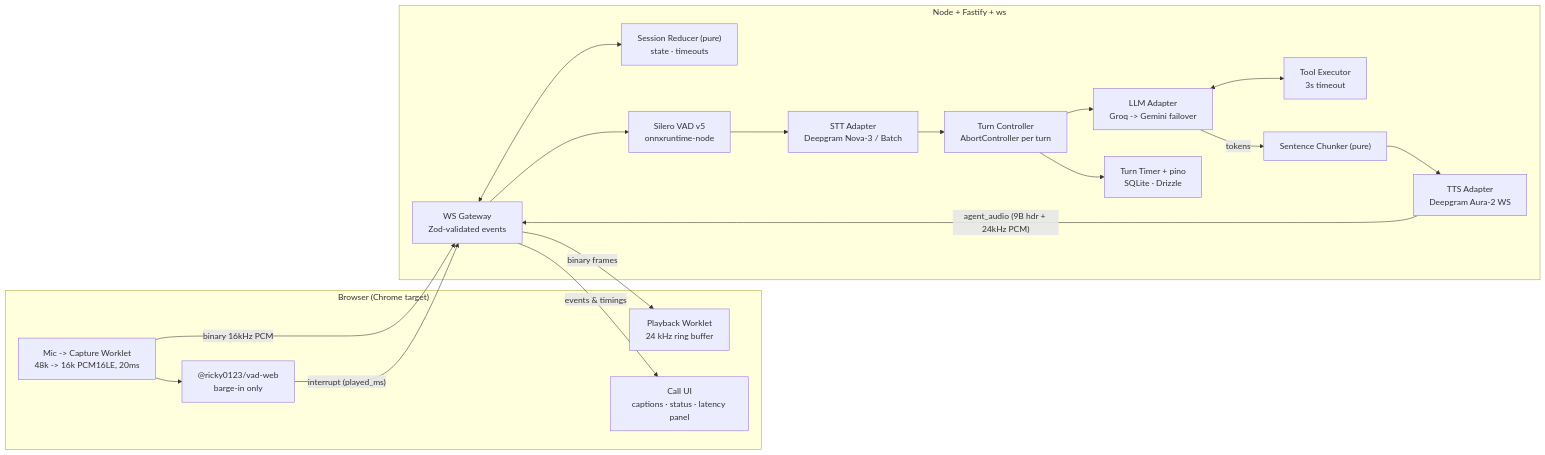
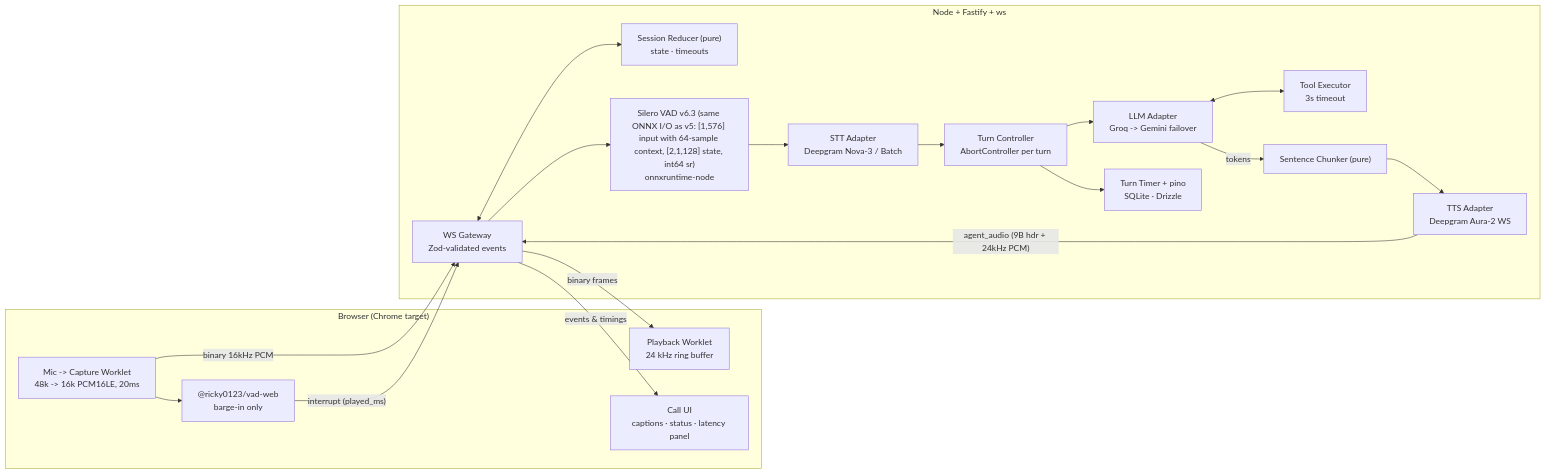
Before and after one commit to vpn-cli/amadeus: the diagram in docs/ARCHITECTURE.md, drawn with Mermaid. The commit also changed other lines of this file and 12 other files, not shown here.

````diff
--- a/docs/ARCHITECTURE.md
+++ b/docs/ARCHITECTURE.md
@@ -61,34 +61,34 @@
 ```mermaid
 flowchart LR
   subgraph Client["Browser (Chrome target)"]
     Mic["Mic -> Capture Worklet\n48k -> 16k PCM16LE, 20ms"]
     ClientVad["@ricky0123/vad-web\nbarge-in only"]
     Play["Playback Worklet\n24 kHz ring buffer"]
     UI["Call UI\ncaptions · status · latency panel"]
   end
 
   subgraph Server["Node + Fastify + ws"]
     WS["WS Gateway\nZod-validated events"]
     Reducer["Session Reducer (pure)\nstate · timeouts"]
-    Silero["Silero VAD v5\nonnxruntime-node"]
+    Silero["Silero VAD v6.3 (same ONNX I/O as v5: [1,576] input with 64-sample context, [2,1,128] state, int64 sr)\nonnxruntime-node"]
     STT["STT Adapter\nDeepgram Nova-3 / Batch"]
     Turn["Turn Controller\nAbortController per turn"]
     LLM["LLM Adapter\nGroq -> Gemini failover"]
     Tools["Tool Executor\n3s timeout"]
     Chunker["Sentence Chunker (pure)"]
     TTS["TTS Adapter\nDeepgram Aura-2 WS"]
     Metrics["Turn Timer + pino\nSQLite · Drizzle"]
   end
 
   Mic -->|"binary 16kHz PCM"| WS
   Mic --> ClientVad
   ClientVad -->|"interrupt (played_ms)"| WS
   WS --> Silero --> STT --> Turn
   WS <--> Reducer
   Turn --> LLM
   LLM <--> Tools
   LLM -->|"tokens"| Chunker --> TTS -->|"agent_audio (9B hdr + 24kHz PCM)"| WS
   WS -->|"binary frames"| Play
   WS -->|"events & timings"| UI
   Turn --> Metrics
 ```
````
